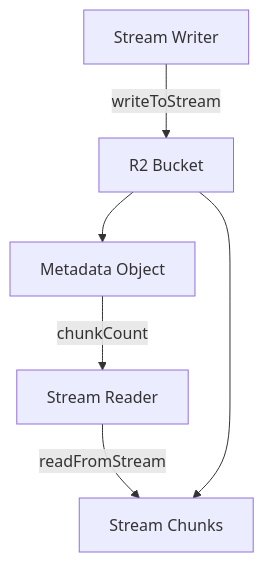
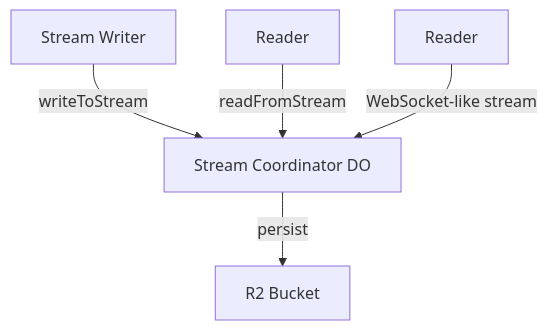
One commit to eersnington/workflow-cloudflare-world changed the second of 2 diagrams in packages/world-cloudflare/HOW_IT_WORKS.md. Above: the diagram before and after it, drawn with Mermaid. The commit also changed other lines of this file and 9 other files, not shown here.

````diff
--- a/packages/world-cloudflare/HOW_IT_WORKS.md
+++ b/packages/world-cloudflare/HOW_IT_WORKS.md
@@ -69,8 +68,7 @@
 ```mermaid
 graph TD
-    Writer[Stream Writer] -->|writeToStream| R2[R2 Bucket]
-    R2 --> Metadata[Metadata Object]
-    Metadata -->|chunkCount| Reader[Stream Reader]
-    Reader -->|readFromStream| Chunks[Stream Chunks]
-    R2 --> Chunks
+    Writer[Stream Writer] -->|writeToStream| DO[Stream Coordinator DO]
+    DO -->|persist| R2[R2 Bucket]
+    Reader1[Reader] -->|readFromStream| DO
+    Reader2[Reader] -->|WebSocket-like stream| DO
 ```
````
